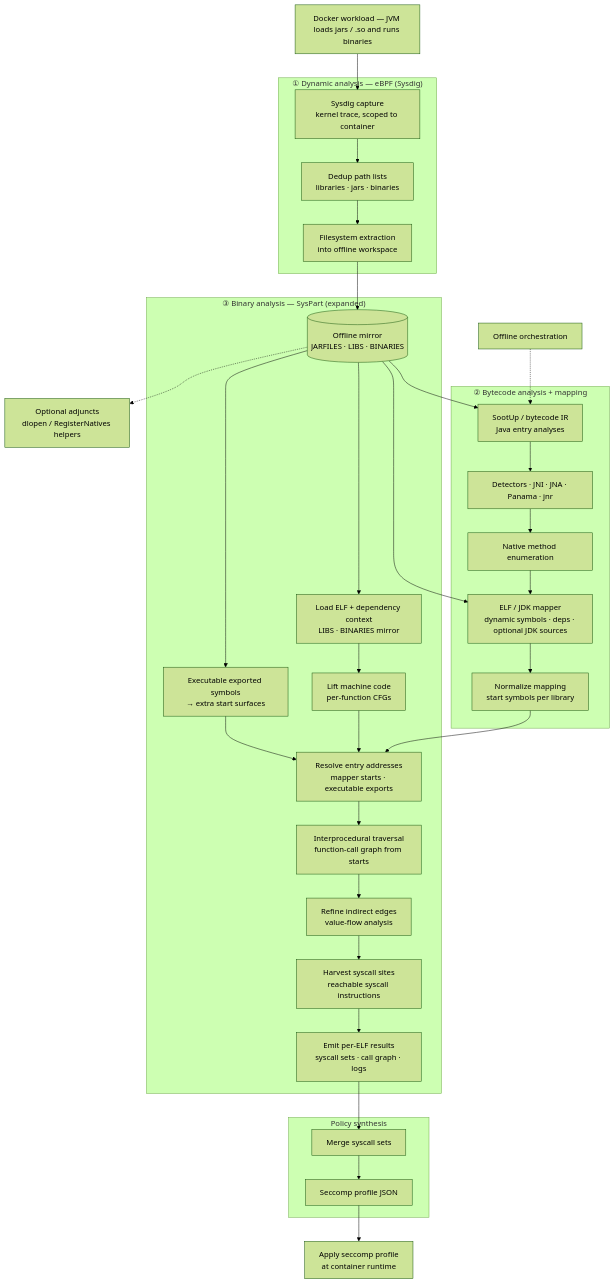
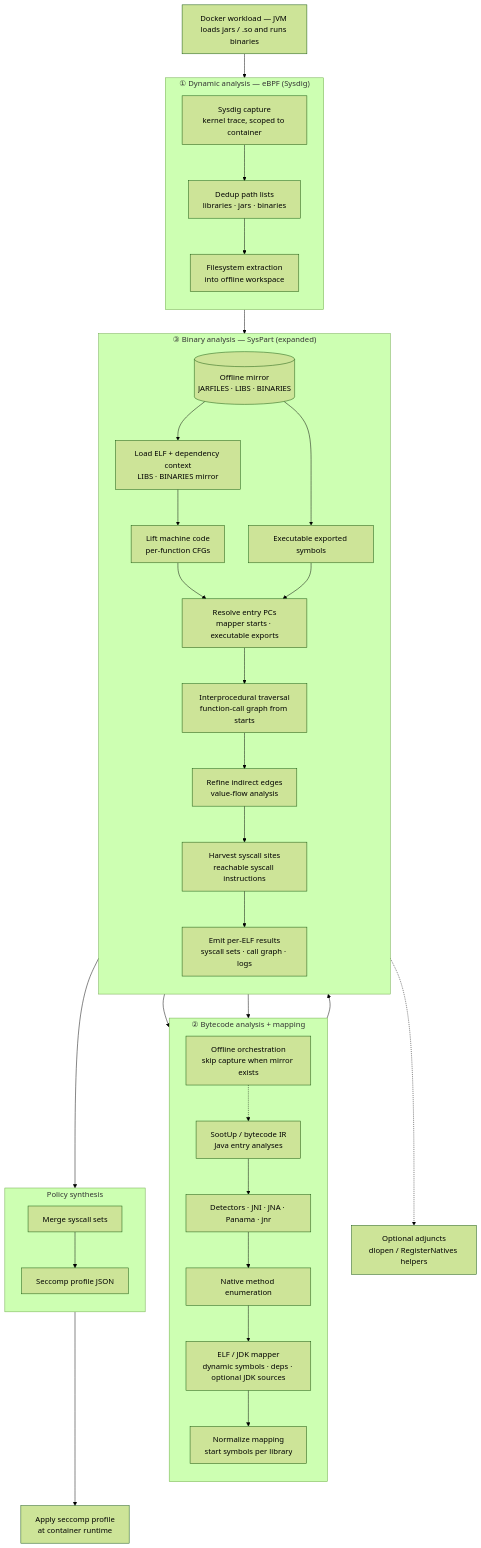
Before and after one commit to MadriSec/Prototype: the diagram in README.md, drawn with Mermaid (forest theme). The commit also changed other lines of this file, not shown here.

Commit message:
update architecture

````diff
--- a/README.md
+++ b/README.md
@@ -92,63 +92,65 @@
 ```mermaid
 flowchart TB
   RW["Docker workload — JVM loads jars / .so and runs binaries"]
 
   subgraph P1["① Dynamic analysis — eBPF (Sysdig)"]
+    direction TB
     SD["Sysdig capture<br/>kernel trace, scoped to container"]
     PL["Dedup path lists<br/>libraries · jars · binaries"]
     EX["Filesystem extraction<br/>into offline workspace"]
     SD --> PL --> EX
   end
 
   RW --> SD
 
   M[(Offline mirror<br/>JARFILES · LIBS · BINARIES)]
 
   EX --> M
 
   subgraph P2["② Bytecode analysis + mapping"]
+    direction TB
+    RA["Offline orchestration<br/>skip capture when mirror exists"]
     BC["SootUp / bytecode IR<br/>Java entry analyses"]
     DET["Detectors · JNI · JNA · Panama · jnr"]
     NM["Native method enumeration"]
     MP["ELF / JDK mapper<br/>dynamic symbols · deps · optional JDK sources"]
     PR["Normalize mapping<br/>start symbols per library"]
+    RA -.-> BC
     BC --> DET --> NM --> MP --> PR
   end
 
   M --> BC
   M --> MP
 
   subgraph P3["③ Binary analysis — SysPart (expanded)"]
+    direction TB
     ELFIN["Load ELF + dependency context<br/>LIBS · BINARIES mirror"]
     CFG["Lift machine code<br/>per-function CFGs"]
-    BIND["Resolve entry addresses<br/>mapper starts · executable exports"]
+    RESOLVE["Resolve entry PCs<br/>mapper starts · executable exports"]
     FCG["Interprocedural traversal<br/>function-call graph from starts"]
     VFA["Refine indirect edges<br/>value-flow analysis"]
     SYH["Harvest syscall sites<br/>reachable syscall instructions"]
     SC["Emit per-ELF results<br/>syscall sets · call graph · logs"]
-    ELFIN --> CFG --> BIND --> FCG --> VFA --> SYH --> SC
+    ELFIN --> CFG --> RESOLVE --> FCG --> VFA --> SYH --> SC
+    PR --> RESOLVE
+    EXSYM["Executable exported symbols"]
     M --> ELFIN
-    PR --> BIND
-    EXSYM["Executable exported symbols<br/>→ extra start surfaces"]
-    M --> EXSYM --> BIND
+    M --> EXSYM --> RESOLVE
+  end
+
+  subgraph POL["Policy synthesis"]
+    direction TB
+    GEN["Merge syscall sets"]
+    PROF["Seccomp profile JSON"]
+    GEN --> PROF
   end
 
   OPA["Optional adjuncts<br/>dlopen / RegisterNatives helpers"]
   M -.-> OPA
-
-  subgraph POL["Policy synthesis"]
-    GEN["Merge syscall sets"]
-    PROF["Seccomp profile JSON"]
-    GEN --> PROF
-  end
 
   SC --> GEN
 
   OUT["Apply seccomp profile<br/>at container runtime"]
 
   PROF --> OUT
-
-  RA["Offline orchestration"]
-
-  RA -.-> BC
 ```
````
